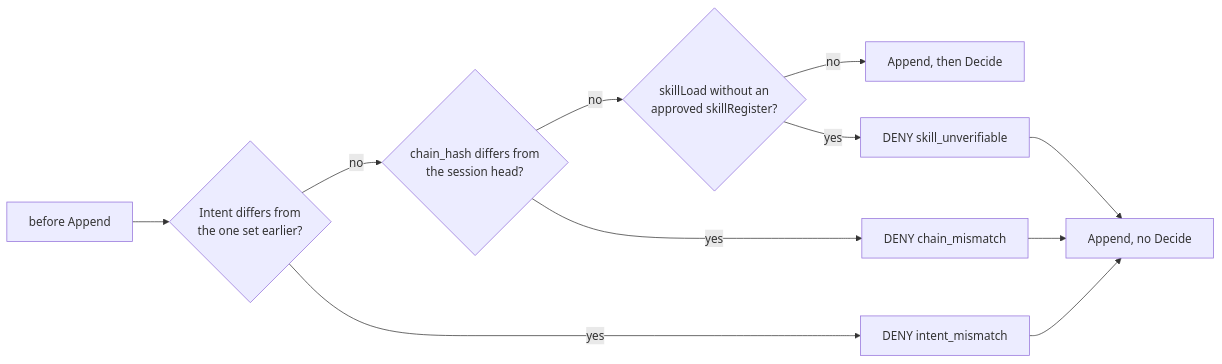
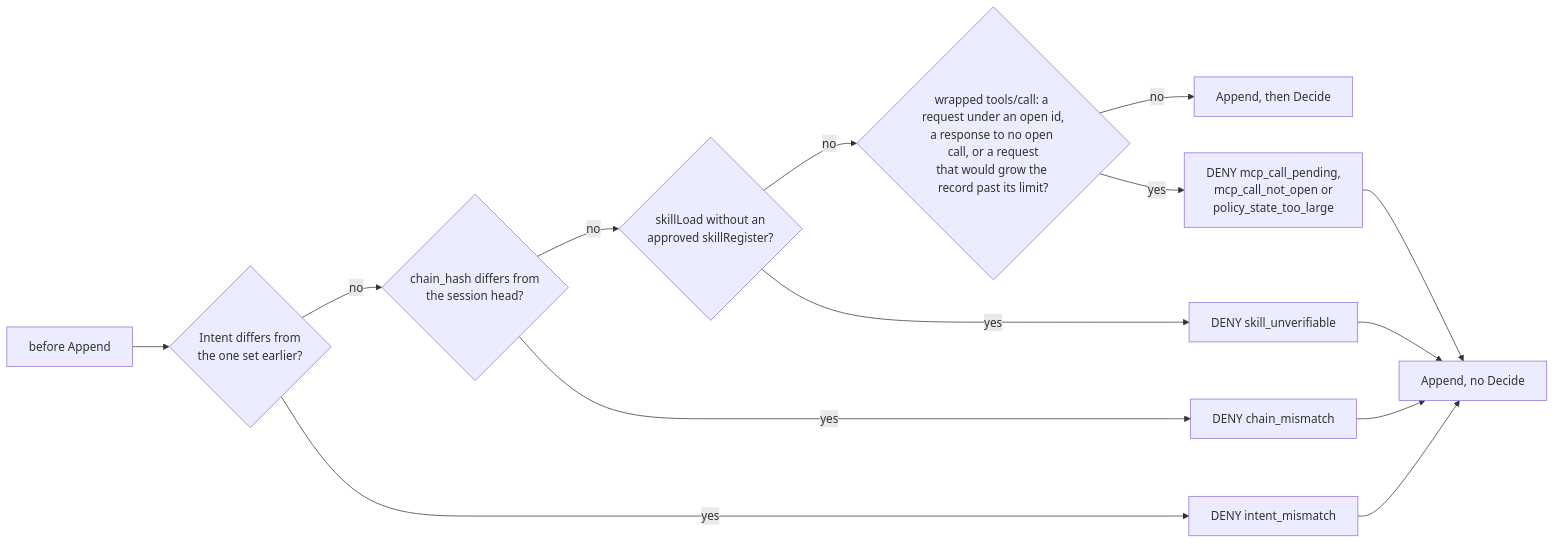
Before and after one commit to GenAI-Security-Project/agent-control-standard: the fifth of 8 diagrams in reference-implementations/agt-go/docs/architecture.md, drawn with Mermaid. The commit also changed 51 other files, not shown here.

````diff
--- a/reference-implementations/agt-go/docs/architecture.md
+++ b/reference-implementations/agt-go/docs/architecture.md
@@ -213,11 +213,13 @@
 ```mermaid
 flowchart LR
     A["before Append"] --> B{"Intent differs from<br/>the one set earlier?"}
     B -->|no| C{"chain_hash differs from<br/>the session head?"}
     C -->|no| D{"skillLoad without an<br/>approved skillRegister?"}
-    D -->|no| E["Append, then Decide"]
+    D -->|no| M{"wrapped tools/call: a request under an open id,<br/>a response to no open call, or a request<br/>that would grow the record past its limit?"}
+    M -->|no| E["Append, then Decide"]
     B -->|yes| X["DENY intent_mismatch"]
     C -->|yes| Y["DENY chain_mismatch"]
     D -->|yes| Z["DENY skill_unverifiable"]
-    X & Y & Z --> F["Append, no Decide"]
+    M -->|yes| W["DENY mcp_call_pending,<br/>mcp_call_not_open or<br/>policy_state_too_large"]
+    X & Y & Z & W --> F["Append, no Decide"]
 ```
````
